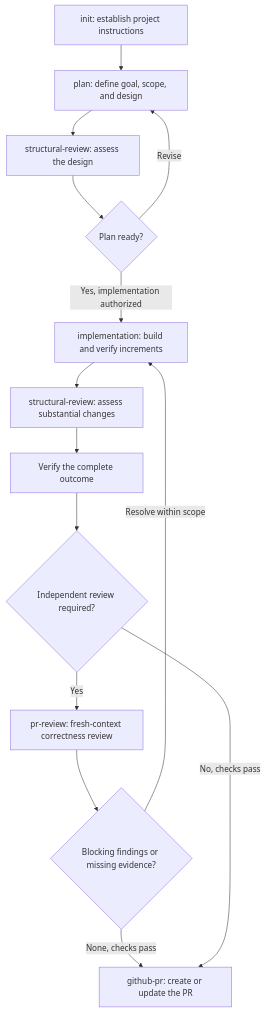
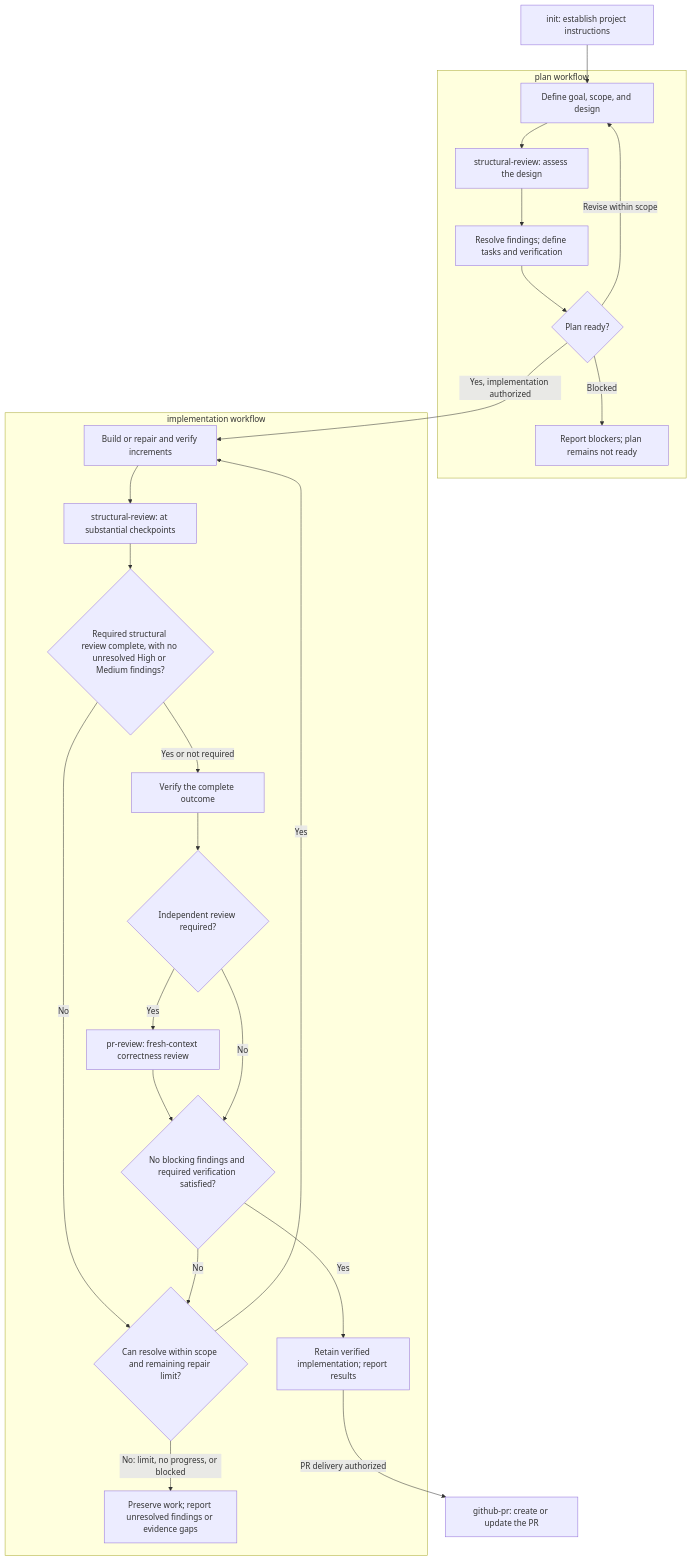
One commit to igorrendulic/engineering-skills changed the diagram in README.md. Above: the diagram before and after it, drawn with Mermaid. The commit also changed other lines of this file and 1 other file, not shown here.

Commit message:
Added debugging process, fixed READMe

````diff
--- a/README.md
+++ b/README.md
@@ -30,16 +32,31 @@
 ```mermaid
 flowchart TD
-    A["init: establish project instructions"] --> B["plan: define goal, scope, and design"]
-    B --> C["structural-review: assess the design"]
-    C --> D{"Plan ready?"}
-    D -->|Revise| B
-    D -->|Yes, implementation authorized| E["implementation: build and verify increments"]
-    E --> F["structural-review: assess substantial changes"]
-    F --> G["Verify the complete outcome"]
-    G --> H{"Independent review required?"}
-    H -->|Yes| I["pr-review: fresh-context correctness review"]
-    I --> J{"Blocking findings or missing evidence?"}
-    J -->|Resolve within scope| E
-    J -->|None, checks pass| K["github-pr: create or update the PR"]
-    H -->|No, checks pass| K
+    A["init: establish project instructions"] --> B
+
+    subgraph Planning["plan workflow"]
+        B["Define goal, scope, and design"] --> C["structural-review: assess the design"]
+        C --> D["Resolve findings; define tasks and verification"]
+        D --> P{"Plan ready?"}
+        P -->|Revise within scope| B
+        P -->|Blocked| Q["Report blockers; plan remains not ready"]
+    end
+
+    P -->|Yes, implementation authorized| E
+
+    subgraph Implementation["implementation workflow"]
+        E["Build or repair and verify increments"] --> F["structural-review: at substantial checkpoints"]
+        F --> S{"Required structural review complete, with no unresolved High or Medium findings?"}
+        S -->|Yes or not required| G["Verify the complete outcome"]
+        S -->|No| R
+        G --> H{"Independent review required?"}
+        H -->|Yes| I["pr-review: fresh-context correctness review"]
+        I --> J{"No blocking findings and required verification satisfied?"}
+        H -->|No| J
+        J -->|No| R{"Can resolve within scope and remaining repair limit?"}
+        R -->|Yes| E
+        R -->|No: limit, no progress, or blocked| X["Preserve work; report unresolved findings or evidence gaps"]
+        J -->|Yes| V["Retain verified implementation; report results"]
+    end
+
+    V -->|PR delivery authorized| K["github-pr: create or update the PR"]
 ```
````
